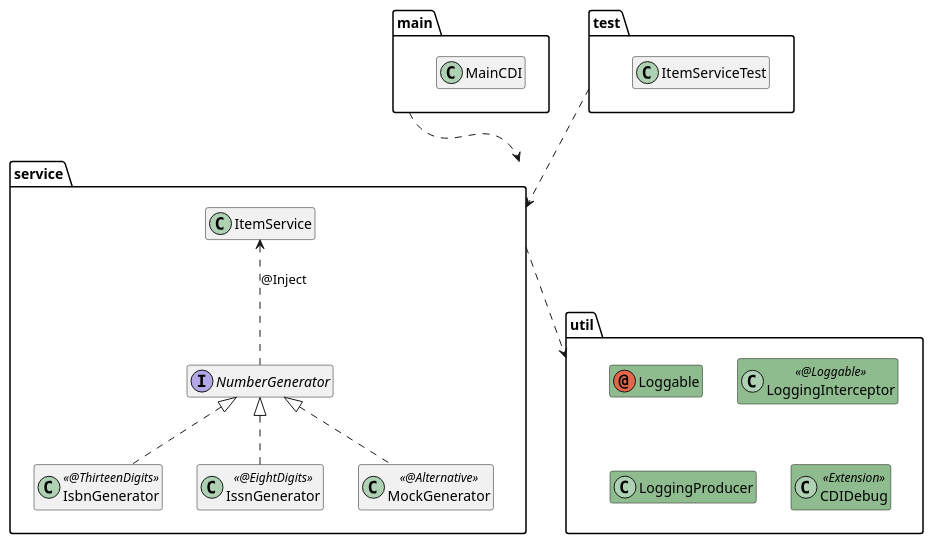
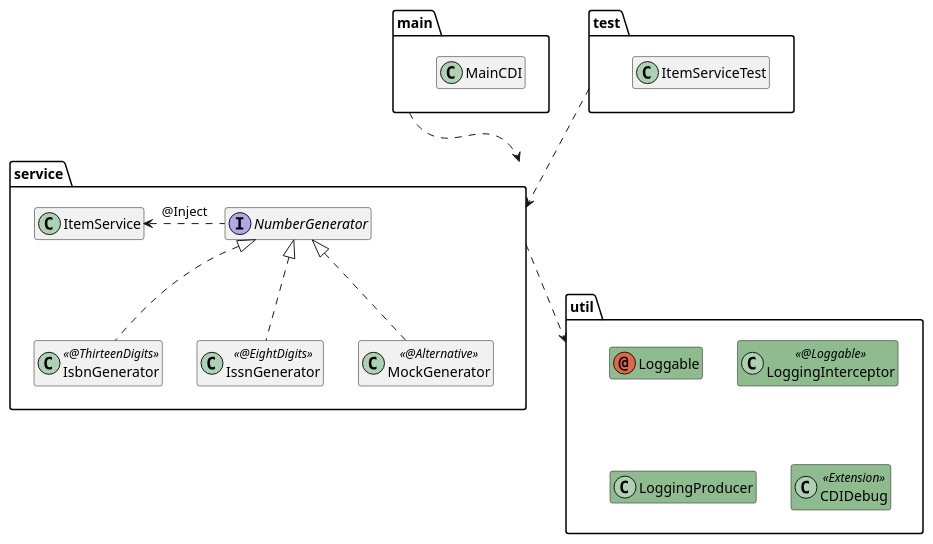
One commit to agoncal/agoncal-training-javaee7 changed the diagram in 02-CDI/demo02.puml. Above: the diagram before and after it, drawn with PlantUML. The commit also changed 29 other files, not shown here.

Commit message:
Updating diagrams

```diff
--- a/02-CDI/demo02.puml
+++ b/02-CDI/demo02.puml
@@ -1,36 +1,36 @@
 @startuml
 
 hide members
 
 package "main" {
     class MainCDI
 }
 package "test" {
     class ItemServiceTest
 }
 
 package "service" {
     interface NumberGenerator
     class IsbnGenerator << @ThirteenDigits >>
     class IssnGenerator << @EightDigits >>
     class MockGenerator << @Alternative >>
     class ItemService
 
-    ItemService <.. NumberGenerator : @Inject
+    ItemService <.right. NumberGenerator : @Inject
     NumberGenerator <|.. IsbnGenerator
     NumberGenerator <|.. IssnGenerator
     NumberGenerator <|.. MockGenerator
 }
 
 package "util" {
     annotation Loggable #8FBC8F
     class LoggingInterceptor << @Loggable >> #8FBC8F
     class LoggingProducer #8FBC8F
     class CDIDebug << Extension >> #8FBC8F
 }
 
 main ..> service
 test ..> service
 service ..> util
 
 @enduml
```
